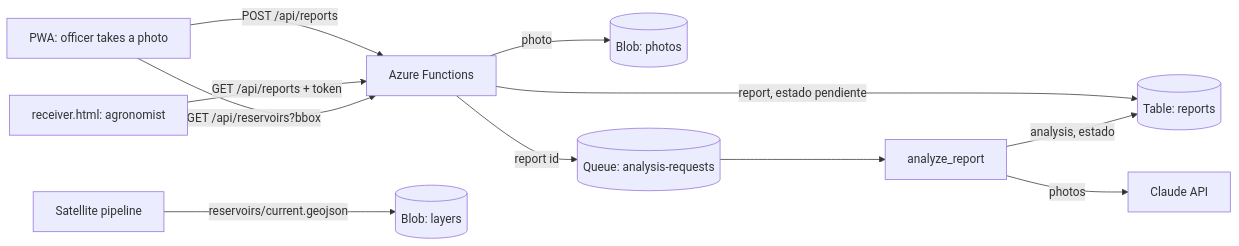
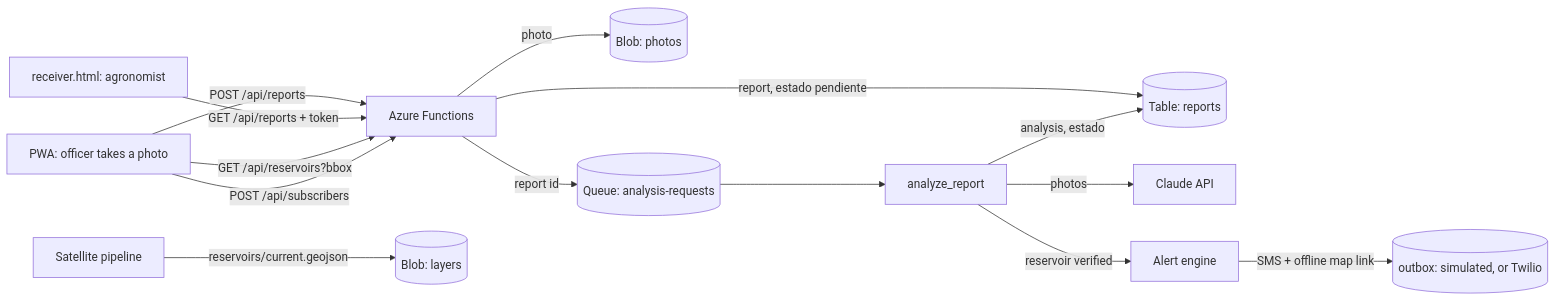
The diagram in README.md (Cantorni/Gusanito), drawn with Mermaid before and after one commit. The commit also changed other lines of this file and 40 other files, not shown here.

Commit message:
Alert engine, SMS links, SQLite local mode, offline queue and reservoir ML model

````diff
--- a/README.md
+++ b/README.md
@@ -11,13 +11,16 @@
 ```mermaid
 flowchart LR
   PWA[PWA: officer takes a photo] -->|POST /api/reports| API[Azure Functions]
   API -->|photo| Blob[(Blob: photos)]
   API -->|report, estado pendiente| Table[(Table: reports)]
   API -->|report id| Queue[(Queue: analysis-requests)]
   Queue --> Worker[analyze_report]
   Worker -->|photos| Claude[Claude API]
   Worker -->|analysis, estado| Table
   Receiver[receiver.html: agronomist] -->|GET /api/reports + token| API
   Pipeline[Satellite pipeline] -->|reservoirs/current.geojson| Layers[(Blob: layers)]
   PWA -->|GET /api/reservoirs?bbox| API
+  PWA -->|POST /api/subscribers| API
+  Worker -->|reservoir verified| Engine[Alert engine]
+  Engine -->|SMS + offline map link| Outbox[(outbox: simulated, or Twilio)]
 ```
````
